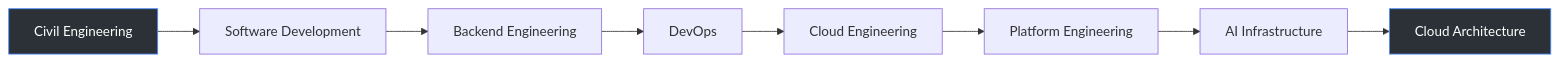
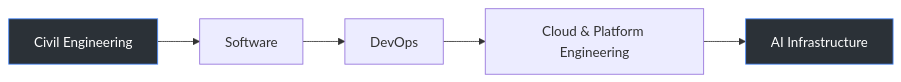
The diagram in README.md (ibrahimelothmani/ibrahimelothmani), drawn with Mermaid before and after one commit. The commit also changed other lines of this file, not shown here.

````diff
--- a/README.md
+++ b/README.md
@@ -87,13 +46,6 @@
 ```mermaid
 flowchart LR
-    A[Civil Engineering] --> B[Software Development]
-    B --> C[Backend Engineering]
-    C --> D[DevOps]
-    D --> E[Cloud Engineering]
-    E --> F[Platform Engineering]
-    F --> G[AI Infrastructure]
-    G --> H[Cloud Architecture]
-
+    A[Civil Engineering] --> B[Software] --> C[DevOps] --> D[Cloud & Platform Engineering] --> E[AI Infrastructure]
     style A fill:#2b3137,stroke:#4C8DFF,color:#fff
-    style H fill:#2b3137,stroke:#4C8DFF,color:#fff
+    style E fill:#2b3137,stroke:#4C8DFF,color:#fff
 ```
````
